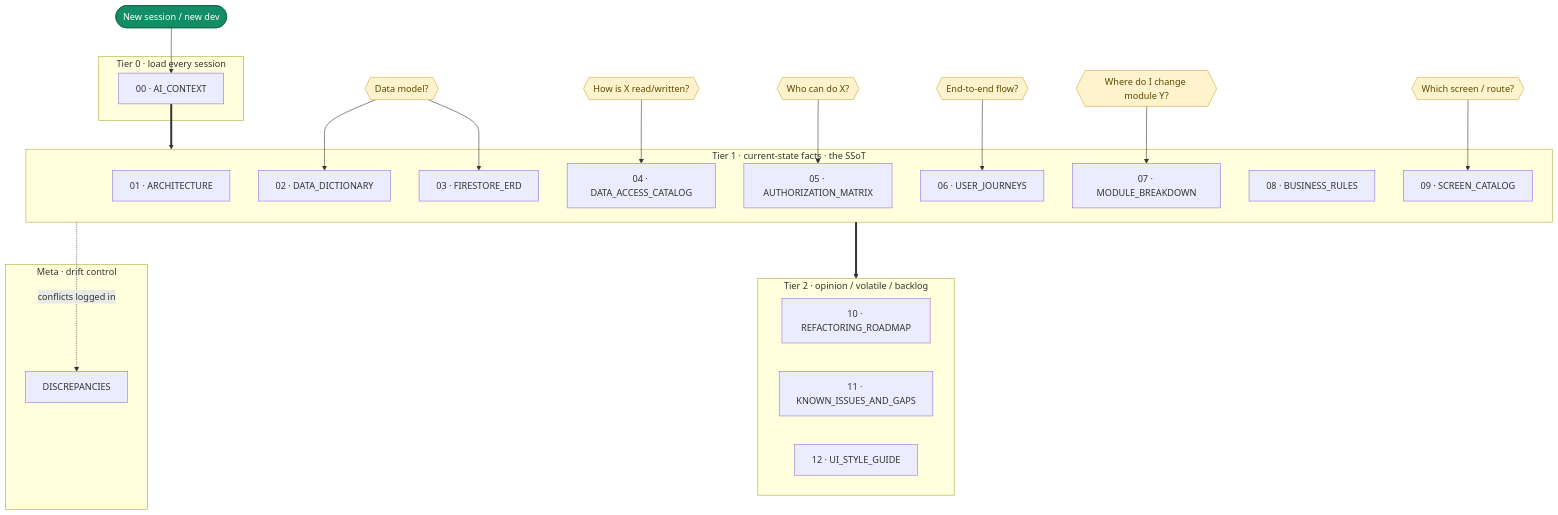
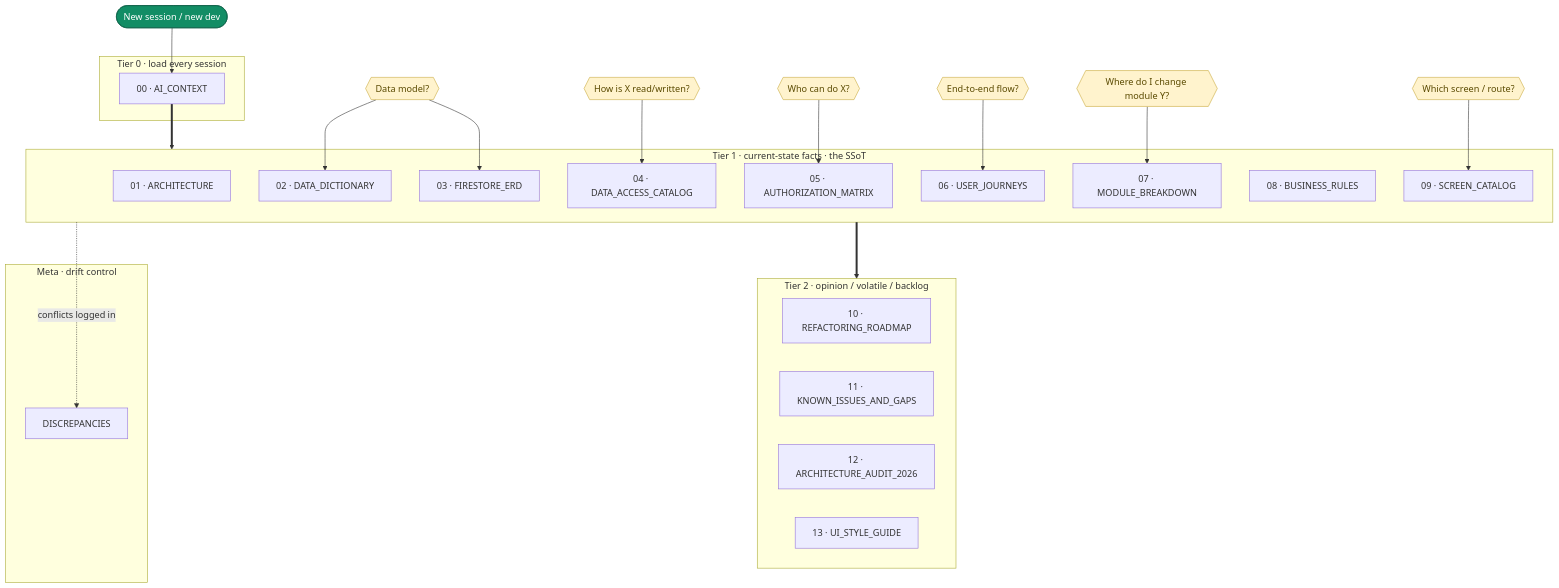
Before and after one commit to mehulchirania/FitSplit: the diagram in docs/_INDEX.md, drawn with Mermaid. The commit also changed other lines of this file and 31 other files, not shown here.

Commit message:
refactor: optimize Firestore costs and migrate UI components to Server Actions as part of the architecture audit.

````diff
--- a/docs/_INDEX.md
+++ b/docs/_INDEX.md
@@ -21,60 +21,62 @@
 ```mermaid
 flowchart TD
   START([New session / new dev]):::entry --> AI
 
   subgraph T0[Tier 0 · load every session]
     AI[00 · AI_CONTEXT]
   end
 
   subgraph T1[Tier 1 · current-state facts · the SSoT]
     ARCH[01 · ARCHITECTURE]
     DATA[02 · DATA_DICTIONARY]
     ERD[03 · FIRESTORE_ERD]
     ACCESS[04 · DATA_ACCESS_CATALOG]
     AUTHZ[05 · AUTHORIZATION_MATRIX]
     JOURNEY[06 · USER_JOURNEYS]
     MODULE[07 · MODULE_BREAKDOWN]
     BRULES[08 · BUSINESS_RULES]
     SCREENS[09 · SCREEN_CATALOG]
   end
 
   subgraph T2[Tier 2 · opinion / volatile / backlog]
     ROADMAP[10 · REFACTORING_ROADMAP]
     ISSUES[11 · KNOWN_ISSUES_AND_GAPS]
-    STYLE[12 · UI_STYLE_GUIDE]
+    AUDIT[12 · ARCHITECTURE_AUDIT_2026]
+    STYLE[13 · UI_STYLE_GUIDE]
   end
 
   subgraph META[Meta · drift control]
     DISC[DISCREPANCIES]
   end
 
   AI ==> T1
   T1 ==> T2
   T1 -. conflicts logged in .-> DISC
 
   %% find-by-question shortcuts
   Q1{{"Data model?"}}:::q --> DATA & ERD
   Q2{{"How is X read/written?"}}:::q --> ACCESS
   Q3{{"Who can do X?"}}:::q --> AUTHZ
   Q4{{"End-to-end flow?"}}:::q --> JOURNEY
   Q5{{"Where do I change module Y?"}}:::q --> MODULE
   Q6{{"Which screen / route?"}}:::q --> SCREENS
 
   classDef entry fill:#128d65,stroke:#0c5f46,color:#fff;
   classDef q fill:#fff3cd,stroke:#c8a93a,color:#5a4a00;
 
   click AI "00_AI_CONTEXT.md" "Open 00 · AI_CONTEXT"
   click ARCH "01_ARCHITECTURE.md" "Open 01 · ARCHITECTURE"
   click DATA "02_DATA_DICTIONARY.md" "Open 02 · DATA_DICTIONARY"
   click ERD "03_FIRESTORE_ERD.md" "Open 03 · FIRESTORE_ERD"
   click ACCESS "04_DATA_ACCESS_CATALOG.md" "Open 04 · DATA_ACCESS_CATALOG"
   click AUTHZ "05_AUTHORIZATION_MATRIX.md" "Open 05 · AUTHORIZATION_MATRIX"
   click JOURNEY "06_USER_JOURNEYS.md" "Open 06 · USER_JOURNEYS"
   click MODULE "07_MODULE_BREAKDOWN.md" "Open 07 · MODULE_BREAKDOWN"
   click BRULES "08_BUSINESS_RULES.md" "Open 08 · BUSINESS_RULES"
   click SCREENS "09_SCREEN_CATALOG.md" "Open 09 · SCREEN_CATALOG"
   click ROADMAP "10_REFACTORING_ROADMAP.md" "Open 10 · REFACTORING_ROADMAP"
   click ISSUES "11_KNOWN_ISSUES_AND_GAPS.md" "Open 11 · KNOWN_ISSUES_AND_GAPS"
-  click STYLE "12_UI_STYLE_GUIDE.md" "Open 12 · UI_STYLE_GUIDE"
+  click AUDIT "12_ARCHITECTURE_AUDIT_2026.md" "Open 12 · ARCHITECTURE_AUDIT_2026"
+  click STYLE "13_UI_STYLE_GUIDE.md" "Open 13 · UI_STYLE_GUIDE"
   click DISC "DISCREPANCIES.md" "Open DISCREPANCIES"
 ```
````
